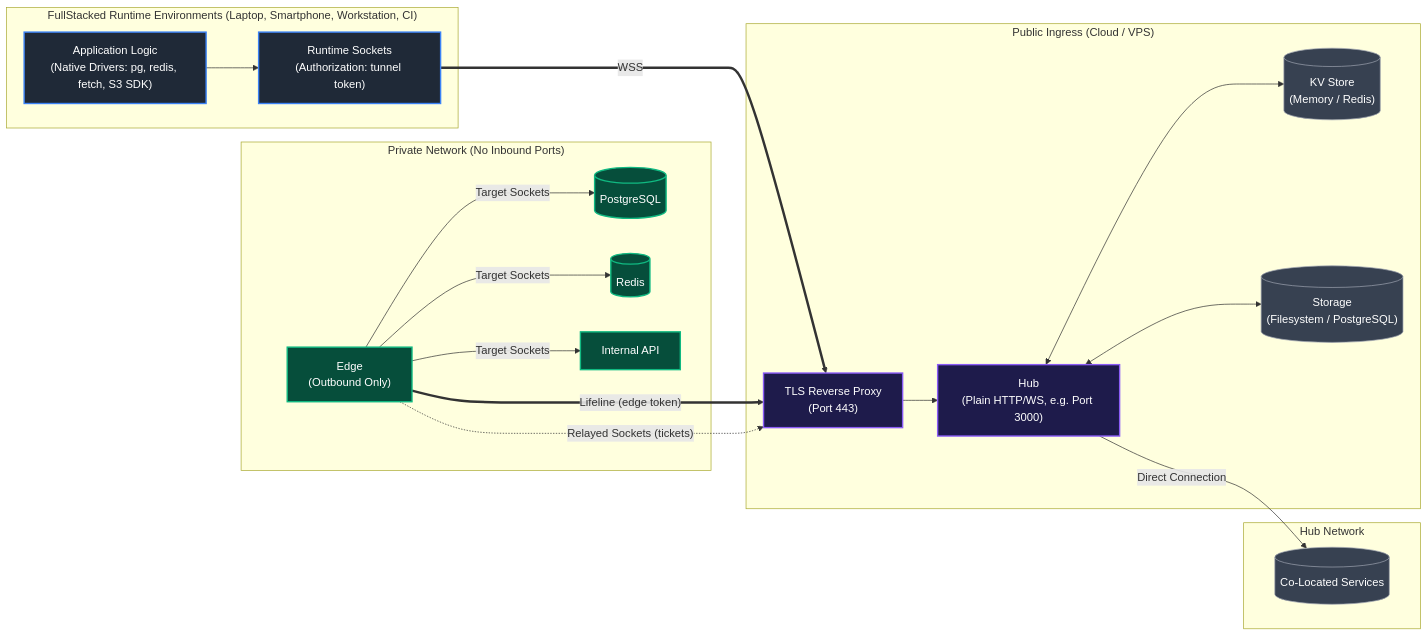
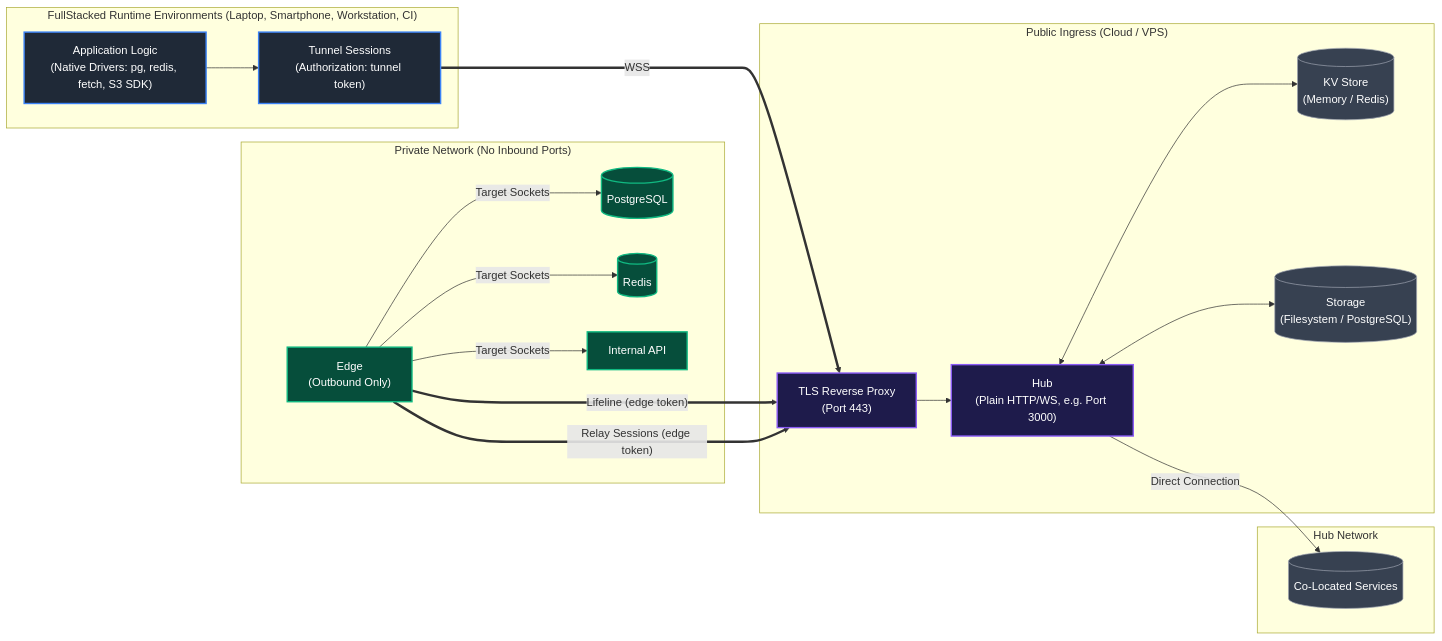
One commit to fullstackedorg/tunnels changed the first of 3 diagrams in docs/1-concepts/architecture.md. Above: the diagram before and after it, drawn with Mermaid. The commit also changed other lines of this file and 56 other files, not shown here.

````diff
--- a/docs/1-concepts/architecture.md
+++ b/docs/1-concepts/architecture.md
@@ -3,47 +3,47 @@
 ```mermaid
 flowchart LR
     subgraph RuntimeZone["FullStacked Runtime Environments (Laptop, Smartphone, Workstation, CI)"]
         AppLogic["Application Logic\n(Native Drivers: pg, redis, fetch, S3 SDK)"]
-        TunnelSocket["Runtime Sockets\n(Authorization: tunnel token)"]
+        TunnelSocket["Tunnel Sessions\n(Authorization: tunnel token)"]
         AppLogic --> TunnelSocket
     end
 
     subgraph HubZone["Public Ingress (Cloud / VPS)"]
         Proxy["TLS Reverse Proxy\n(Port 443)"]
         Hub["Hub\n(Plain HTTP/WS, e.g. Port 3000)"]
         KVStore[("KV Store\n(Memory / Redis)")]
         Storage[("Storage\n(Filesystem / PostgreSQL)")]
         Proxy --> Hub
         Hub <--> KVStore
         Hub <--> Storage
     end
 
     subgraph CoLocated["Hub Network"]
         VpcDB[("Co-Located Services")]
     end
 
     subgraph PrivateNet["Private Network (No Inbound Ports)"]
         Edge["Edge\n(Outbound Only)"]
         PrivDB[("PostgreSQL")]
         PrivRedis[("Redis")]
         PrivAPI["Internal API"]
         Edge -->|"Target Sockets"| PrivDB
         Edge -->|"Target Sockets"| PrivRedis
         Edge -->|"Target Sockets"| PrivAPI
     end
 
     TunnelSocket ===>|"WSS"| Proxy
     Hub -->|"Direct Connection"| VpcDB
     Edge ===>|"Lifeline (edge token)"| Proxy
-    Edge -.->|"Relayed Sockets (tickets)"| Proxy
+    Edge ===>|"Relay Sessions (edge token)"| Proxy
 
     classDef runtime fill:#1f2937,stroke:#3b82f6,stroke-width:2px,color:#fff;
     classDef hub fill:#1e1b4b,stroke:#8b5cf6,stroke-width:2px,color:#fff;
     classDef edge fill:#064e3b,stroke:#10b981,stroke-width:2px,color:#fff;
     classDef storage fill:#374151,stroke:#9ca3af,stroke-width:1px,color:#fff;
 
     class AppLogic,TunnelSocket runtime;
     class Hub,Proxy hub;
     class Edge,PrivDB,PrivRedis,PrivAPI edge;
     class KVStore,Storage,VpcDB storage;
 ```
````
